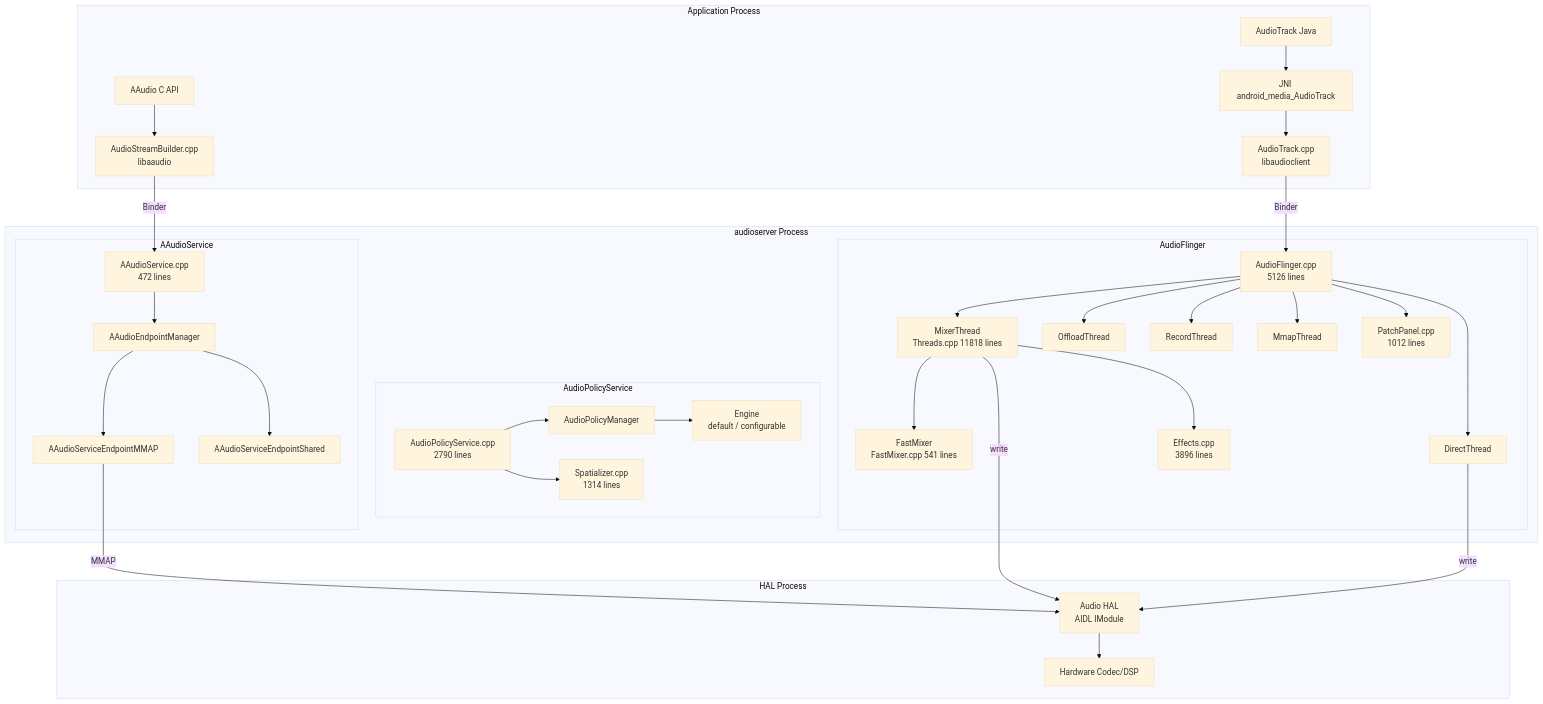
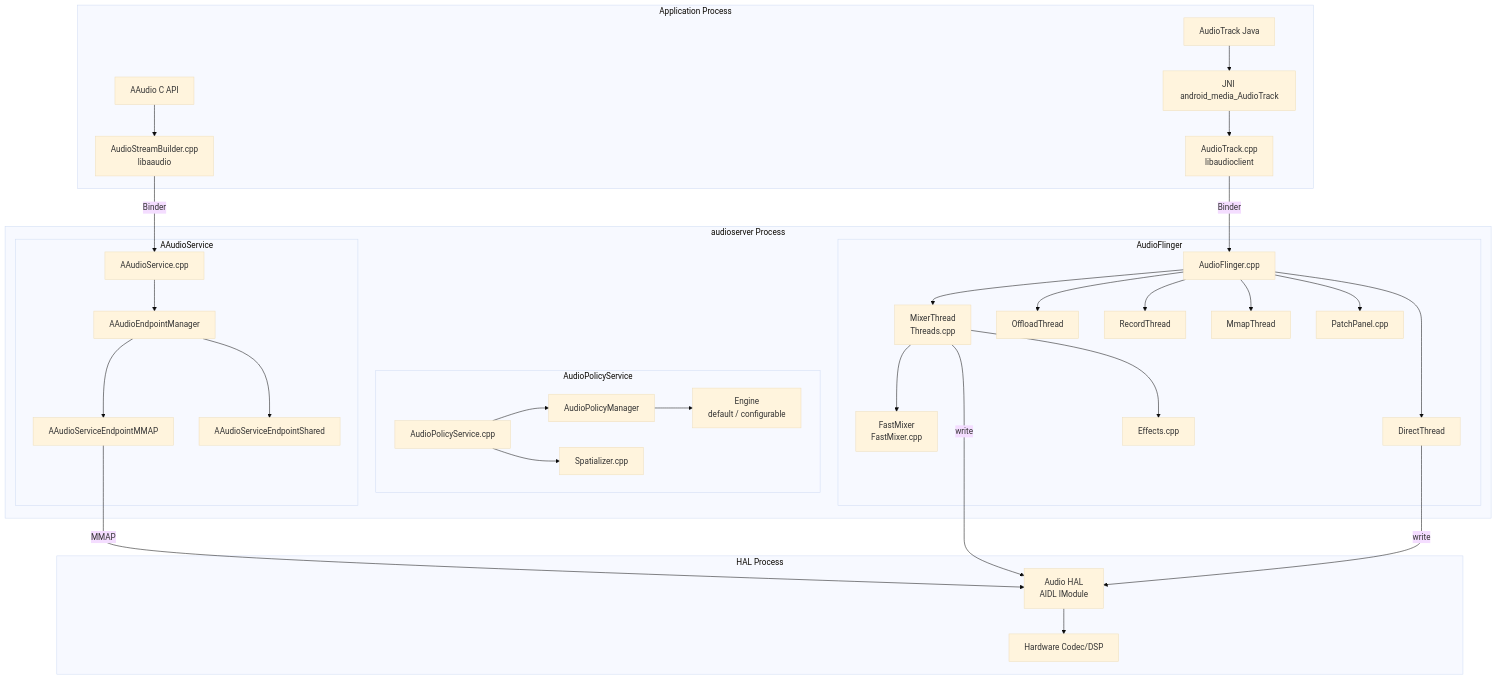
Before and after one commit to aospbooks/aosp-internal-book: the first of 25 diagrams in 15-audio-system.md, drawn with Mermaid (base theme). The commit also changed other lines of this file, not shown here.

Commit message:
15-audio-system: drop line-count annotations from mermaid diagrams

````diff
--- a/15-audio-system.md
+++ b/15-audio-system.md
@@ -72,64 +72,64 @@
 ```mermaid
 graph TB
     subgraph "Application Process"
         AT[AudioTrack Java]
         AAudio[AAudio C API]
         AT --> JNI[JNI android_media_AudioTrack]
         JNI --> ATC["AudioTrack.cpp<br/>libaudioclient"]
         AAudio --> ASB["AudioStreamBuilder.cpp<br/>libaaudio"]
     end
 
     subgraph "audioserver Process"
         subgraph "AudioFlinger"
-            AF["AudioFlinger.cpp<br/>5126 lines"]
-            MT["MixerThread<br/>Threads.cpp 11818 lines"]
-            FM["FastMixer<br/>FastMixer.cpp 541 lines"]
+            AF["AudioFlinger.cpp"]
+            MT["MixerThread<br/>Threads.cpp"]
+            FM["FastMixer<br/>FastMixer.cpp"]
             DT[DirectThread]
             OT[OffloadThread]
             RT[RecordThread]
             MMAP[MmapThread]
-            EFX["Effects.cpp<br/>3896 lines"]
-            PP["PatchPanel.cpp<br/>1012 lines"]
+            EFX["Effects.cpp"]
+            PP["PatchPanel.cpp"]
         end
 
         subgraph "AudioPolicyService"
-            APS["AudioPolicyService.cpp<br/>2790 lines"]
+            APS["AudioPolicyService.cpp"]
             APM[AudioPolicyManager]
             ENG["Engine<br/>default / configurable"]
-            SPAT["Spatializer.cpp<br/>1314 lines"]
+            SPAT["Spatializer.cpp"]
         end
 
         subgraph "AAudioService"
-            AAS["AAudioService.cpp<br/>472 lines"]
+            AAS["AAudioService.cpp"]
             EPM[AAudioEndpointManager]
             EPMMAP[AAudioServiceEndpointMMAP]
             EPSHARED[AAudioServiceEndpointShared]
         end
     end
 
     subgraph "HAL Process"
         HAL["Audio HAL<br/>AIDL IModule"]
         HW[Hardware Codec/DSP]
     end
 
     ATC -->|Binder| AF
     ASB -->|Binder| AAS
     AF --> MT
     AF --> DT
     AF --> OT
     AF --> RT
     AF --> MMAP
     MT --> FM
     MT --> EFX
     AF --> PP
     APS --> APM
     APM --> ENG
     APS --> SPAT
     AAS --> EPM
     EPM --> EPMMAP
     EPM --> EPSHARED
     EPMMAP -->|MMAP| HAL
     MT -->|write| HAL
     DT -->|write| HAL
     HAL --> HW
 ```
````
